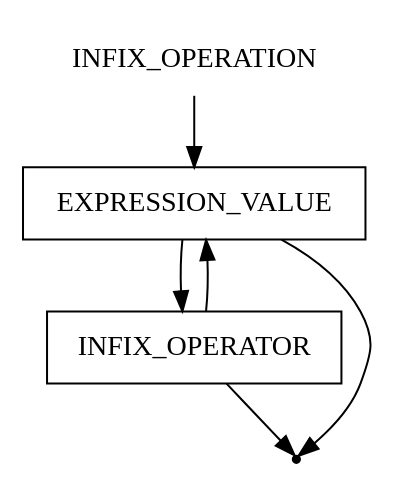
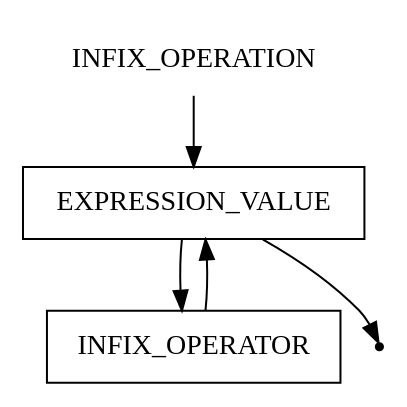
The diagram in pseudocode/infix_operation.gv (ayu-f/DSL_Pseudocode), drawn with Graphviz before and after one commit. The commit also changed 4 other files, not shown here.

```diff
--- a/pseudocode/infix_operation.gv
+++ b/pseudocode/infix_operation.gv
@@ -1,11 +1,10 @@
 digraph INFIX_OPERATION {
     start [label=INFIX_OPERATION shape=plaintext]
     expression_value [label=EXPRESSION_VALUE shape=box]
     infix_operator [label=INFIX_OPERATOR shape=box]
     end [label="" shape=point]
     start -> expression_value
     expression_value -> infix_operator
     expression_value -> end
     infix_operator -> expression_value
-    infix_operator -> end
 }
```
